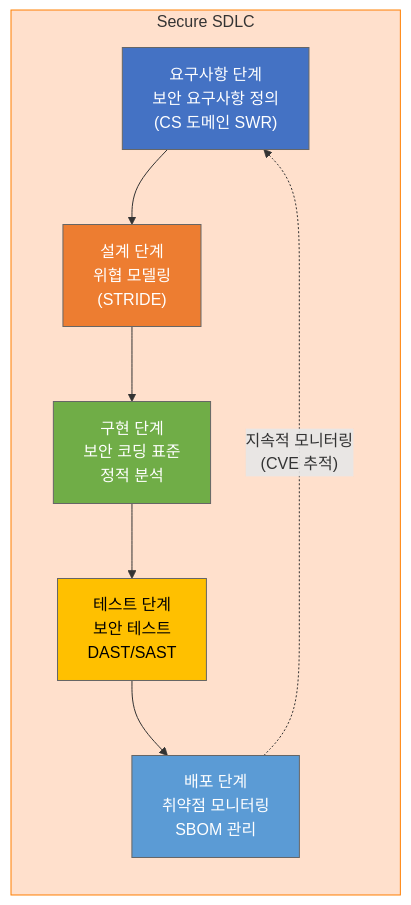
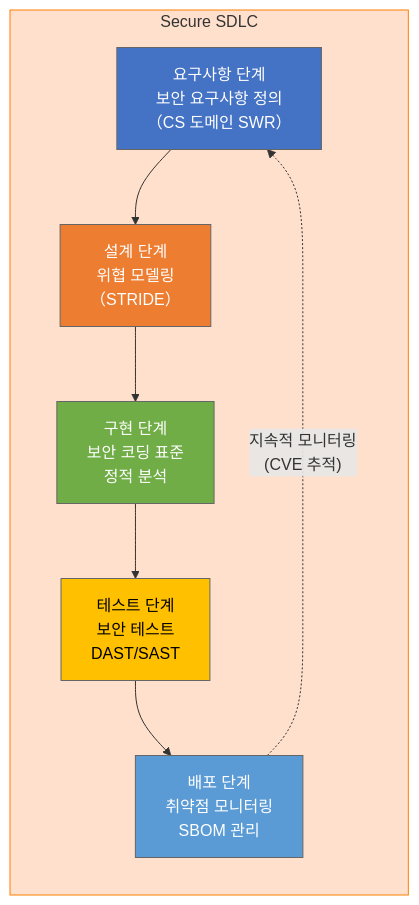
One commit to holee9/console-gui changed diagram 11 of 13 in docs/management/DOC-003_SW_Development_Guideline_v1.0.md. Above: the diagram before and after it, drawn with Mermaid. The commit also changed other lines of this file and 22 other files, not shown here.

First line of the commit message:
fix: Mermaid flowchart 노드 내 괄호 파싱 오류 전면 수정

````diff
--- a/docs/management/DOC-003_SW_Development_Guideline_v1.0.md
+++ b/docs/management/DOC-003_SW_Development_Guideline_v1.0.md
@@ -1019,21 +1019,21 @@
 ```mermaid
 flowchart LR
     classDef default fill:#444,stroke:#666,color:#fff
     subgraph SSDLC["Secure SDLC"]
-        P1["요구사항 단계<br/>보안 요구사항 정의<br/>(CS 도메인 SWR)"]
-        P2["설계 단계<br/>위협 모델링<br/>(STRIDE)"]
+        P1["요구사항 단계<br/>보안 요구사항 정의<br/>（CS 도메인 SWR）"]
+        P2["설계 단계<br/>위협 모델링<br/>（STRIDE）"]
         P3["구현 단계<br/>보안 코딩 표준<br/>정적 분석"]
         P4["테스트 단계<br/>보안 테스트<br/>DAST/SAST"]
         P5["배포 단계<br/>취약점 모니터링<br/>SBOM 관리"]
     end
 
     P1 --> P2 --> P3 --> P4 --> P5
     P5 -.->|"지속적 모니터링<br/>(CVE 추적)"| P1
 
     style SSDLC fill:#FFE0CC,stroke:#FF7F00
     style P1 fill:#4472C4,color:#fff
     style P2 fill:#ED7D31,color:#fff
     style P3 fill:#70AD47,color:#fff
     style P4 fill:#FFC000,color:#000
     style P5 fill:#5B9BD5,color:#fff
 ```
````
